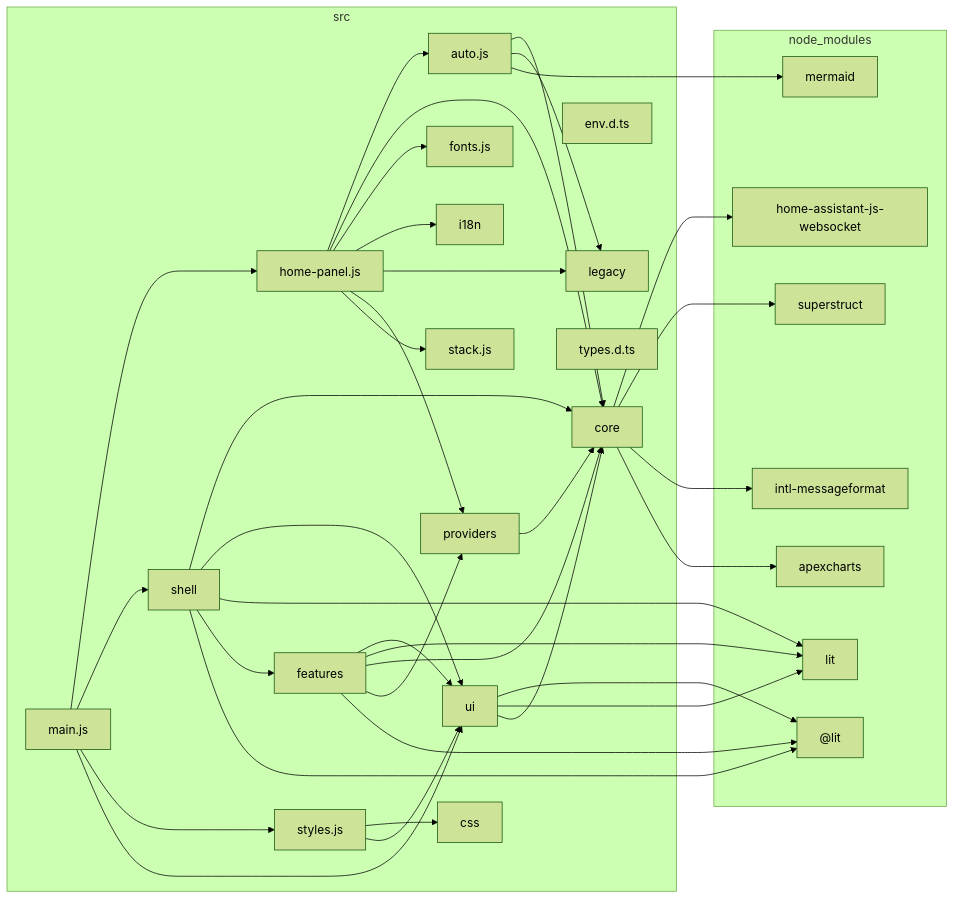
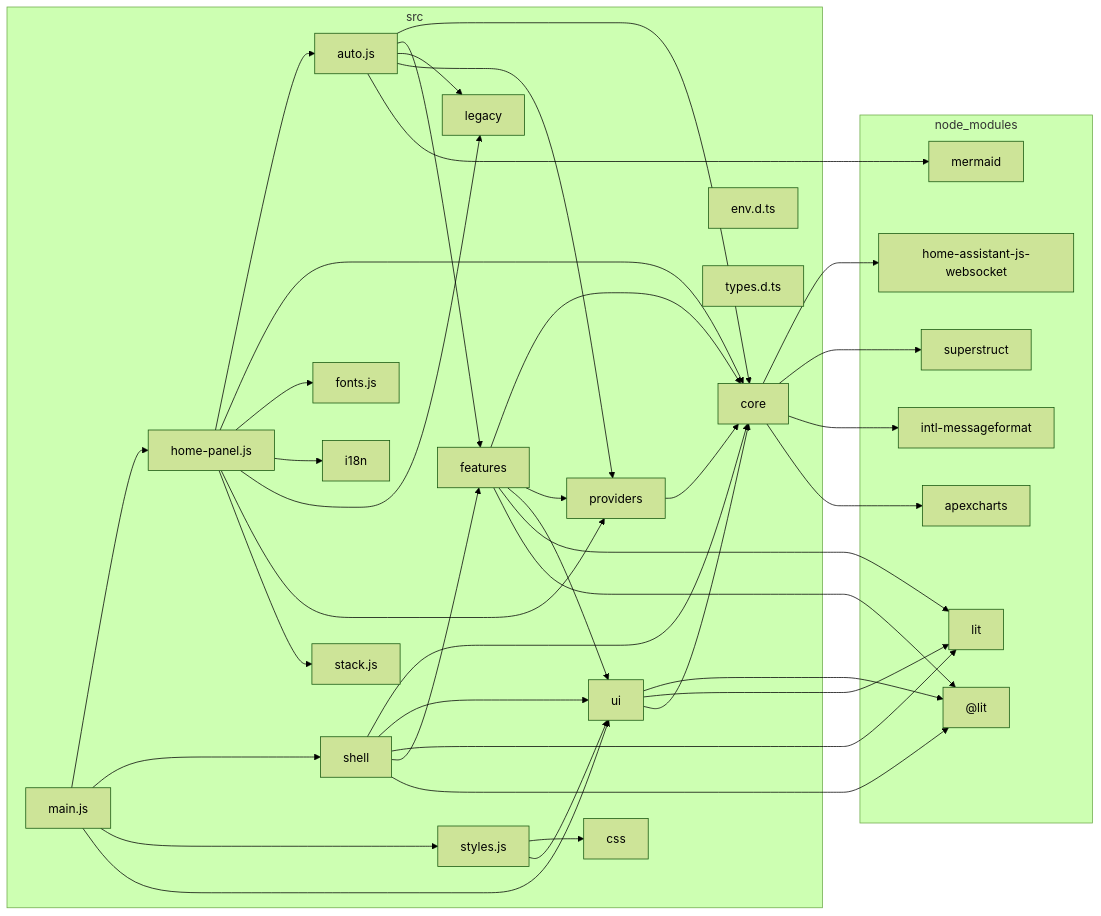
One commit to pldelisle/ha-home-panel changed the diagram in docs/architecture/dependency-graph.md. Above: the diagram before and after it, drawn with Mermaid (forest theme). The commit also changed 19 other files, not shown here.

First line of the commit message:
Automations move 2, the pure rules: automationsOf and upcomingRuns in a provider, the noise rule, the four picks, the fingerprint, today's runs, the trigger, condition and action sentences through the catalog, the timeline layout; src/auto.js draws from them (#271)

````diff
--- a/docs/architecture/dependency-graph.md
+++ b/docs/architecture/dependency-graph.md
@@ -5,65 +5,67 @@
 ```mermaid
 flowchart LR
 
 subgraph 0["node_modules"]
 1["@lit"]
 2["apexcharts"]
 3["home-assistant-js-websocket"]
 4["intl-messageformat"]
 5["lit"]
 6["mermaid"]
 7["superstruct"]
 end
 subgraph 8["src"]
 9["auto.js"]
 A["core"]
 B["css"]
 C["env.d.ts"]
 D["features"]
 E["fonts.js"]
 F["home-panel.js"]
 G["i18n"]
 H["legacy"]
 I["main.js"]
 J["providers"]
 K["shell"]
 L["stack.js"]
 M["styles.js"]
 N["types.d.ts"]
 O["ui"]
 end
 9-->A
+9-->D
 9-->H
+9-->J
 9-->6
 A-->3
 A-->7
 A-->4
 A-->2
+D-->A
+D-->J
 D-->O
 D-->5
-D-->A
-D-->J
 D-->1
 F-->9
 F-->A
 F-->E
 F-->G
 F-->H
 F-->J
 F-->L
 I-->F
 I-->K
 I-->M
 I-->O
 J-->A
 K-->A
 K-->O
 K-->5
 K-->D
 K-->1
 M-->B
 M-->O
 O-->1
 O-->5
 O-->A
 ```
````
